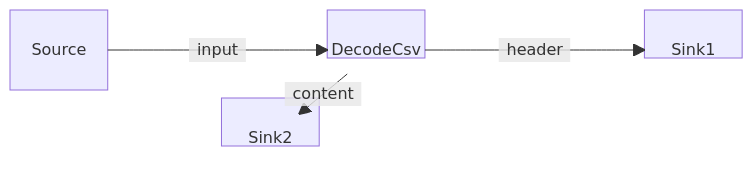
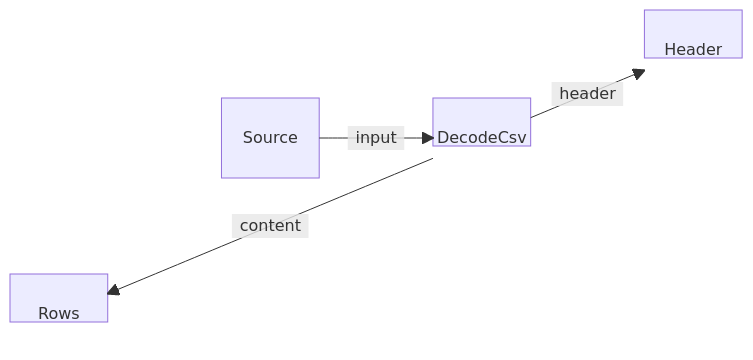
One commit to AsimovPlatform/protoflow changed diagram 22 of 22 in README.md. Above: the diagram before and after it, drawn with Mermaid.

````diff
--- a/README.md
+++ b/README.md
@@ -606,15 +606,17 @@
 ```mermaid
 block-beta
     columns 7
-    Source space:2 DecodeCsv space:2 Sink1 space:2 Sink2
+    space:6 Header space:1
+    space:1 Source space:1 DecodeCsv space:3
+    space:6 Rows space:1
     Source-- "input" -->DecodeCsv
-    DecodeCsv-- "header" -->Sink1
-    DecodeCsv-- "content" -->Sink2
+    DecodeCsv-- "header" -->Header
+    DecodeCsv-- "content" -->Rows
 
     classDef block height:48px,padding:8px;
     classDef hidden visibility:none;
     class DecodeCsv block
     class Source hidden
-    class Sink1 block
-    class Sink2 block
+    class Header block
+    class Rows block
 ```
````
